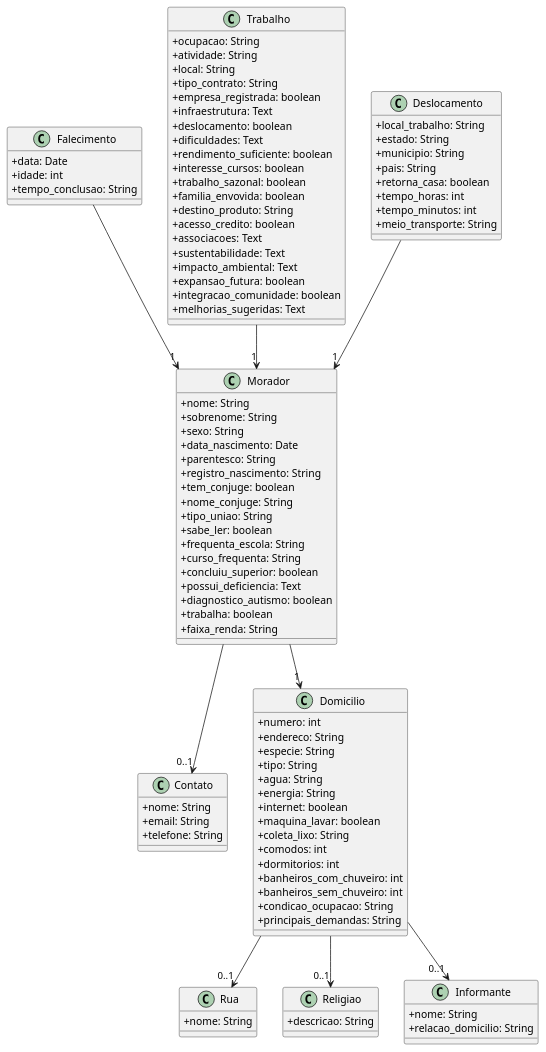
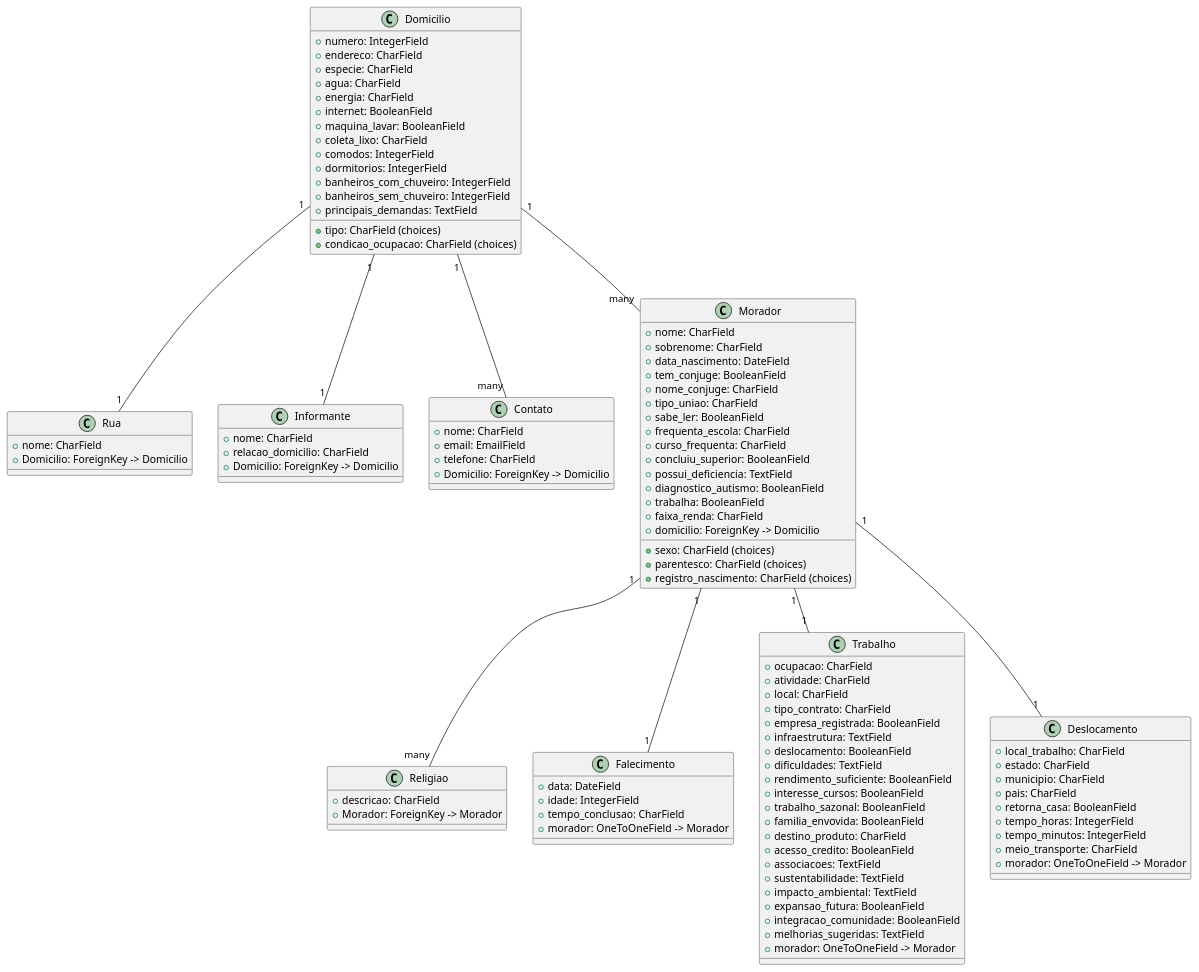
One commit to Projetos-de-Extensao/PBE_ADS_25.1_8001_II changed the diagram in docs/__Elaboração/DiagramaDeClasses.md. Above: the diagram before and after it, drawn with PlantUML. The commit also changed 6 other files, not shown here.

Commit message:
MkDocs/Diagrama de Classes atualizados

```diff
--- a/docs/__Elaboração/DiagramaDeClasses.md
+++ b/docs/__Elaboração/DiagramaDeClasses.md
@@ -1,110 +1,115 @@
 @startuml
-skinparam classAttributeIconSize 0
-
 class Rua {
-  +nome: String
+    +nome: CharField
+    +Domicilio: ForeignKey -> Domicilio
 }
 
 class Religiao {
-  +descricao: String
+    +descricao: CharField
+    +Morador: ForeignKey -> Morador
 }
 
 class Informante {
-  +nome: String
-  +relacao_domicilio: String
+    +nome: CharField
+    +relacao_domicilio: CharField
+    +Domicilio: ForeignKey -> Domicilio
 }
 
 class Contato {
-  +nome: String
-  +email: String
-  +telefone: String
+    +nome: CharField
+    +email: EmailField
+    +telefone: CharField
+    +Domicilio: ForeignKey -> Domicilio
 }
 
 class Domicilio {
-  +numero: int
-  +endereco: String
-  +especie: String
-  +tipo: String
-  +agua: String
-  +energia: String
-  +internet: boolean
-  +maquina_lavar: boolean
-  +coleta_lixo: String
-  +comodos: int
-  +dormitorios: int
-  +banheiros_com_chuveiro: int
-  +banheiros_sem_chuveiro: int
-  +condicao_ocupacao: String
-  +principais_demandas: String
+    +numero: IntegerField
+    +endereco: CharField
+    +especie: CharField
+    +tipo: CharField (choices)
+    +agua: CharField
+    +energia: CharField
+    +internet: BooleanField
+    +maquina_lavar: BooleanField
+    +coleta_lixo: CharField
+    +comodos: IntegerField
+    +dormitorios: IntegerField
+    +banheiros_com_chuveiro: IntegerField
+    +banheiros_sem_chuveiro: IntegerField
+    +condicao_ocupacao: CharField (choices)
+    +principais_demandas: TextField
 }
 
 class Morador {
-  +nome: String
-  +sobrenome: String
-  +sexo: String
-  +data_nascimento: Date
-  +parentesco: String
-  +registro_nascimento: String
-  +tem_conjuge: boolean
-  +nome_conjuge: String
-  +tipo_uniao: String
-  +sabe_ler: boolean
-  +frequenta_escola: String
-  +curso_frequenta: String
-  +concluiu_superior: boolean
-  +possui_deficiencia: Text
-  +diagnostico_autismo: boolean
-  +trabalha: boolean
-  +faixa_renda: String
+    +nome: CharField
+    +sobrenome: CharField
+    +sexo: CharField (choices)
+    +data_nascimento: DateField
+    +parentesco: CharField (choices)
+    +registro_nascimento: CharField (choices)
+    +tem_conjuge: BooleanField
+    +nome_conjuge: CharField
+    +tipo_uniao: CharField
+    +sabe_ler: BooleanField
+    +frequenta_escola: CharField
+    +curso_frequenta: CharField
+    +concluiu_superior: BooleanField
+    +possui_deficiencia: TextField
+    +diagnostico_autismo: BooleanField
+    +trabalha: BooleanField
+    +faixa_renda: CharField
+    +domicilio: ForeignKey -> Domicilio
 }
 
 class Falecimento {
-  +data: Date
-  +idade: int
-  +tempo_conclusao: String
+    +data: DateField
+    +idade: IntegerField
+    +tempo_conclusao: CharField
+    +morador: OneToOneField -> Morador
 }
 
 class Trabalho {
-  +ocupacao: String
-  +atividade: String
-  +local: String
-  +tipo_contrato: String
-  +empresa_registrada: boolean
-  +infraestrutura: Text
-  +deslocamento: boolean
-  +dificuldades: Text
-  +rendimento_suficiente: boolean
-  +interesse_cursos: boolean
-  +trabalho_sazonal: boolean
-  +familia_envovida: boolean
-  +destino_produto: String
-  +acesso_credito: boolean
-  +associacoes: Text
-  +sustentabilidade: Text
-  +impacto_ambiental: Text
-  +expansao_futura: boolean
-  +integracao_comunidade: boolean
-  +melhorias_sugeridas: Text
+    +ocupacao: CharField
+    +atividade: CharField
+    +local: CharField
+    +tipo_contrato: CharField
+    +empresa_registrada: BooleanField
+    +infraestrutura: TextField
+    +deslocamento: BooleanField
+    +dificuldades: TextField
+    +rendimento_suficiente: BooleanField
+    +interesse_cursos: BooleanField
+    +trabalho_sazonal: BooleanField
+    +familia_envovida: BooleanField
+    +destino_produto: CharField
+    +acesso_credito: BooleanField
+    +associacoes: TextField
+    +sustentabilidade: TextField
+    +impacto_ambiental: TextField
+    +expansao_futura: BooleanField
+    +integracao_comunidade: BooleanField
+    +melhorias_sugeridas: TextField
+    +morador: OneToOneField -> Morador
 }
 
 class Deslocamento {
-  +local_trabalho: String
-  +estado: String
-  +municipio: String
-  +pais: String
-  +retorna_casa: boolean
-  +tempo_horas: int
-  +tempo_minutos: int
-  +meio_transporte: String
+    +local_trabalho: CharField
+    +estado: CharField
+    +municipio: CharField
+    +pais: CharField
+    +retorna_casa: BooleanField
+    +tempo_horas: IntegerField
+    +tempo_minutos: IntegerField
+    +meio_transporte: CharField
+    +morador: OneToOneField -> Morador
 }
 
-' Relacionamentos
-Domicilio --> "0..1" Rua
-Domicilio --> "0..1" Religiao
-Domicilio --> "0..1" Informante
-Morador --> "1" Domicilio
-Morador --> "0..1" Contato
-Falecimento --> "1" Morador
-Trabalho --> "1" Morador
-Deslocamento --> "1" Morador
+Domicilio "1" -- "many" Morador
+Domicilio "1" -- "1" Rua
+Domicilio "1" -- "1" Informante
+Domicilio "1" -- "many" Contato
+Morador "1" -- "1" Falecimento
+Morador "1" -- "1" Trabalho
+Morador "1" -- "1" Deslocamento
+Morador "1" -- "many" Religiao
 @enduml
```
